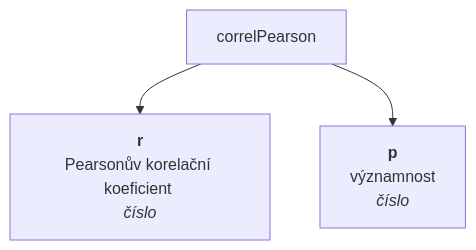
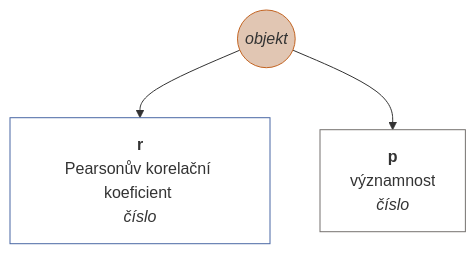
The second of 13 diagrams in docs/cs-CZ/matrix.md (muzikp/retusa), drawn with Mermaid before and after one commit. The commit also changed other lines of this file and 17 other files, not shown here.

````diff
--- a/docs/cs-CZ/matrix.md
+++ b/docs/cs-CZ/matrix.md
@@ -106,6 +116,13 @@
 ```mermaid
 graph TD
+correlPearson((<i>objekt</i>))
+style correlPearson fill:#E1C6B3;
+style correlPearson stroke:#C36422;
 correlPearson --> r[<b>r</b><br>Pearsonův korelační koeficient <br><i>číslo</i>]
+style r fill:#FFFFFF;
+style r stroke:#4967A4;
 correlPearson --> p[<b>p</b><br>významnost <br><i>číslo</i>]
+style p fill:#FFFFFF;
+style p stroke:#75716F;
 
 ```
````
